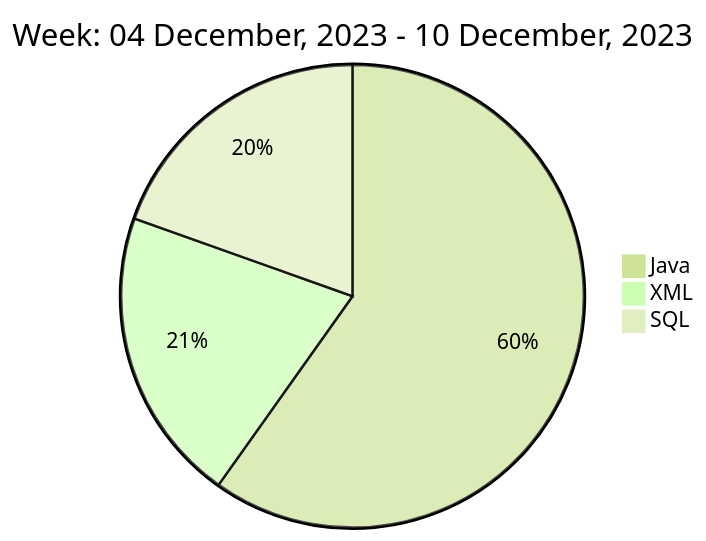
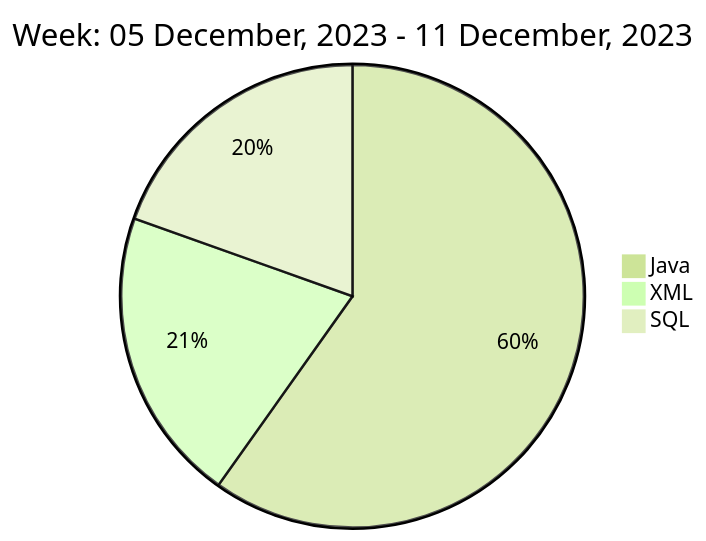
One commit to liubin95/liubin95 changed the diagram in README.md. Above: the diagram before and after it, drawn with Mermaid (forest theme).

Commit message:
Updated the Graph with new Metrics

````diff
--- a/README.md
+++ b/README.md
@@ -37,7 +37,7 @@
 ```mermaid
  pie
-title Week: 04 December, 2023 - 10 December, 2023
+title Week: 05 December, 2023 - 11 December, 2023
  "Java" : 6.73
  "XML" : 2.32
  "SQL" : 2.2
 ```
````
